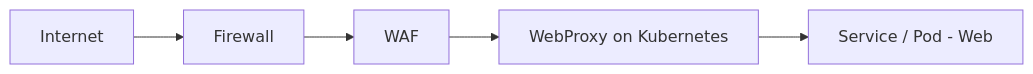
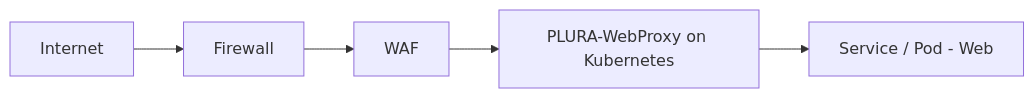
One commit to qubitsec/blog changed the sixth of 8 diagrams in content/ko/tech/plura-webproxy-architecture.md. Above: the diagram before and after it, drawn with Mermaid. The commit also changed other lines of this file, not shown here.

````diff
--- a/content/ko/tech/plura-webproxy-architecture.md
+++ b/content/ko/tech/plura-webproxy-architecture.md
@@ -190,7 +296,7 @@
 ```mermaid
 flowchart LR
     A[Internet] --> B[Firewall]
     B --> C[WAF]
-    C --> D[WebProxy on Kubernetes]
+    C --> D[PLURA-WebProxy on Kubernetes]
     D --> E[Service / Pod - Web]
 ```
````
